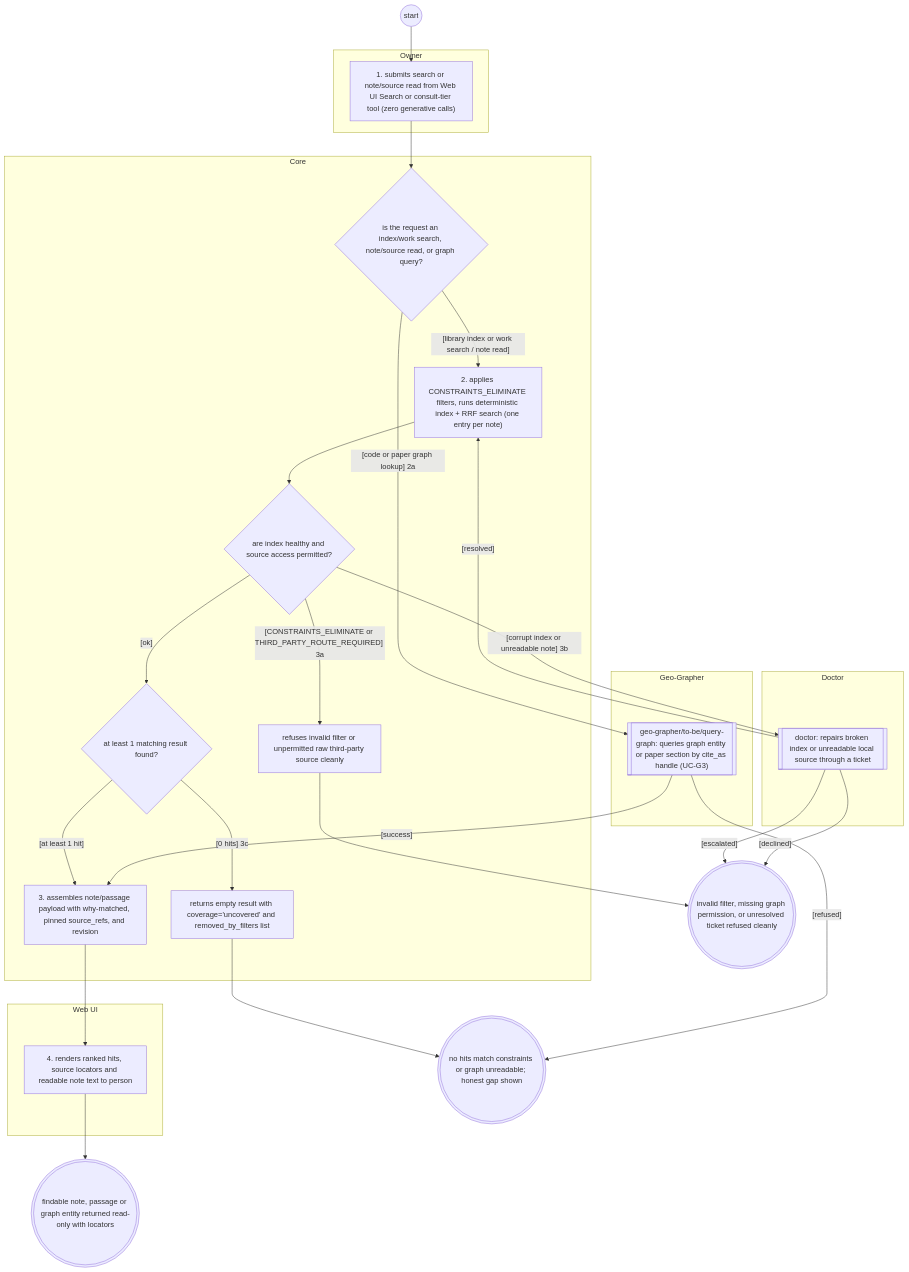
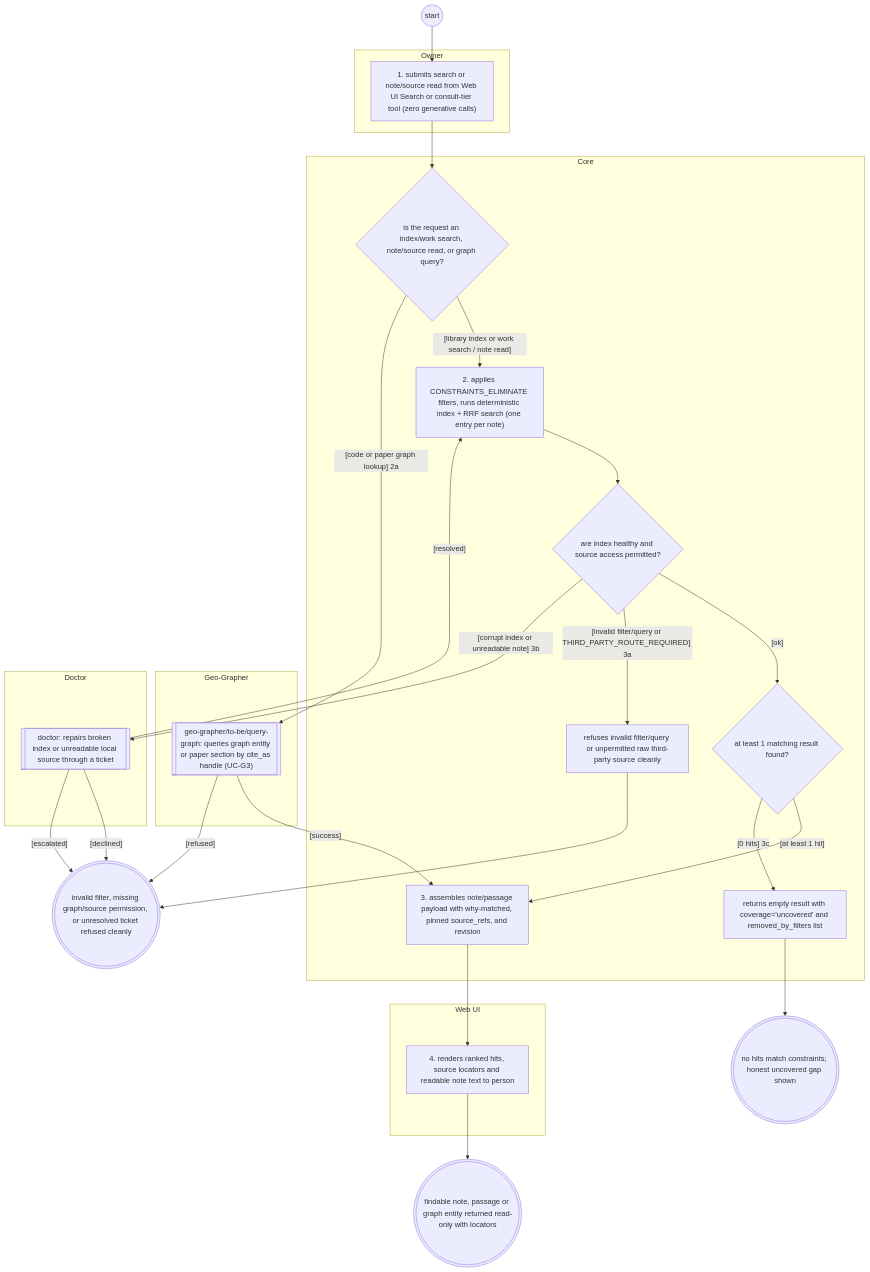
One commit to Jake36999/Librarian_V2 changed the diagram in reports/2026-11-25-systems-analysis-finalisation/librarian/to-be/views/search-and-read.views.md. Above: the diagram before and after it, drawn with Mermaid. The commit also changed other lines of this file and 35 other files, not shown here.

````diff
--- a/reports/2026-11-25-systems-analysis-finalisation/librarian/to-be/views/search-and-read.views.md
+++ b/reports/2026-11-25-systems-analysis-finalisation/librarian/to-be/views/search-and-read.views.md
@@ -59,48 +59,48 @@
 ```mermaid
 flowchart TD
   subgraph Owner["Owner"]
     query["1. submits search or note/source read from Web UI Search or consult-tier tool (zero generative calls)"]
   end
   subgraph Web_UI["Web UI"]
     show["4. renders ranked hits, source locators and readable note text to person"]
   end
   subgraph Core["Core"]
     droute{"is the request an index/work search, note/source read, or graph query?"}
     indexsearch["2. applies CONSTRAINTS_ELIMINATE filters, runs deterministic index + RRF search (one entry per note)"]
     dperm{"are index healthy and source access permitted?"}
-    refused["refuses invalid filter or unpermitted raw third-party source cleanly"]
+    refused["refuses invalid filter/query or unpermitted raw third-party source cleanly"]
     dhit{"at least 1 matching result found?"}
     empty["returns empty result with coverage='uncovered' and removed_by_filters list"]
     pack["3. assembles note/passage payload with why-matched, pinned source_refs, and revision"]
   end
   subgraph Geo_Grapher["Geo-Grapher"]
     ref_graph[["geo-grapher/to-be/query-graph: queries graph entity or paper section by cite_as handle (UC-G3)"]]
   end
   subgraph Doctor["Doctor"]
     ref_doctor[["doctor: repairs broken index or unreadable local source through a ticket"]]
   end
   s(("start"))
   e1((("findable note, passage or graph entity returned read-only with locators")))
-  e_partial((("no hits match constraints or graph unreadable; honest gap shown")))
-  e_refused((("invalid filter, missing graph permission, or unresolved ticket refused cleanly")))
+  e_partial((("no hits match constraints; honest uncovered gap shown")))
+  e_refused((("invalid filter, missing graph/source permission, or unresolved ticket refused cleanly")))
   s --> query
   query --> droute
   droute -->|"[library index or work search / note read]"| indexsearch
   droute -->|"[code or paper graph lookup] 2a"| ref_graph
   ref_graph -->|"[success]"| pack
-  ref_graph -->|"[refused]"| e_partial
+  ref_graph -->|"[refused]"| e_refused
   indexsearch --> dperm
   dperm -->|"[ok]"| dhit
-  dperm -->|"[CONSTRAINTS_ELIMINATE or THIRD_PARTY_ROUTE_REQUIRED] 3a"| refused
+  dperm -->|"[invalid filter/query or THIRD_PARTY_ROUTE_REQUIRED] 3a"| refused
   refused --> e_refused
   dperm -->|"[corrupt index or unreadable note] 3b"| ref_doctor
   ref_doctor -->|"[resolved]"| indexsearch
   ref_doctor -->|"[declined]"| e_refused
   ref_doctor -->|"[escalated]"| e_refused
   dhit -->|"[at least 1 hit]"| pack
   dhit -->|"[0 hits] 3c"| empty
   empty --> e_partial
   pack --> show
   show --> e1
   classDef ext stroke:#d9534f,stroke-width:2px
 ```
````
